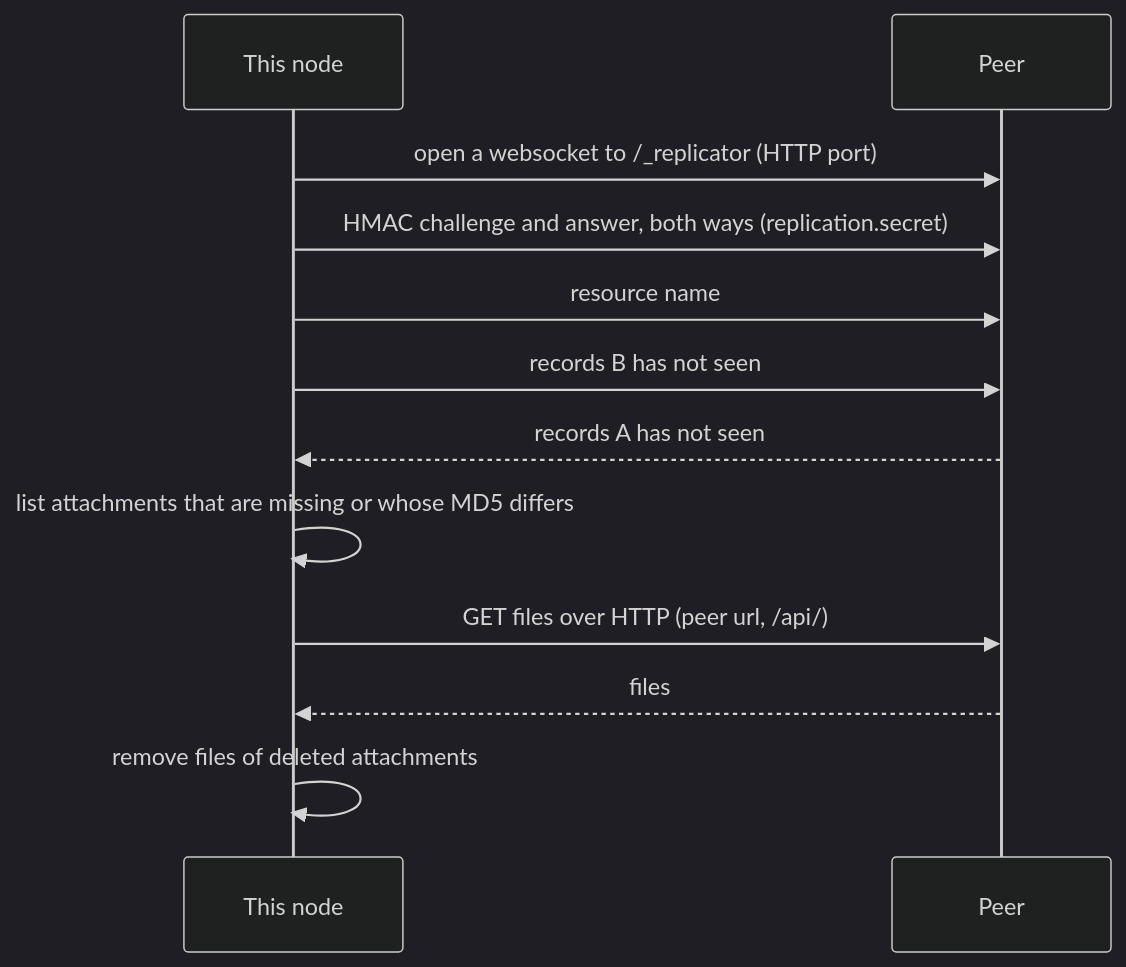
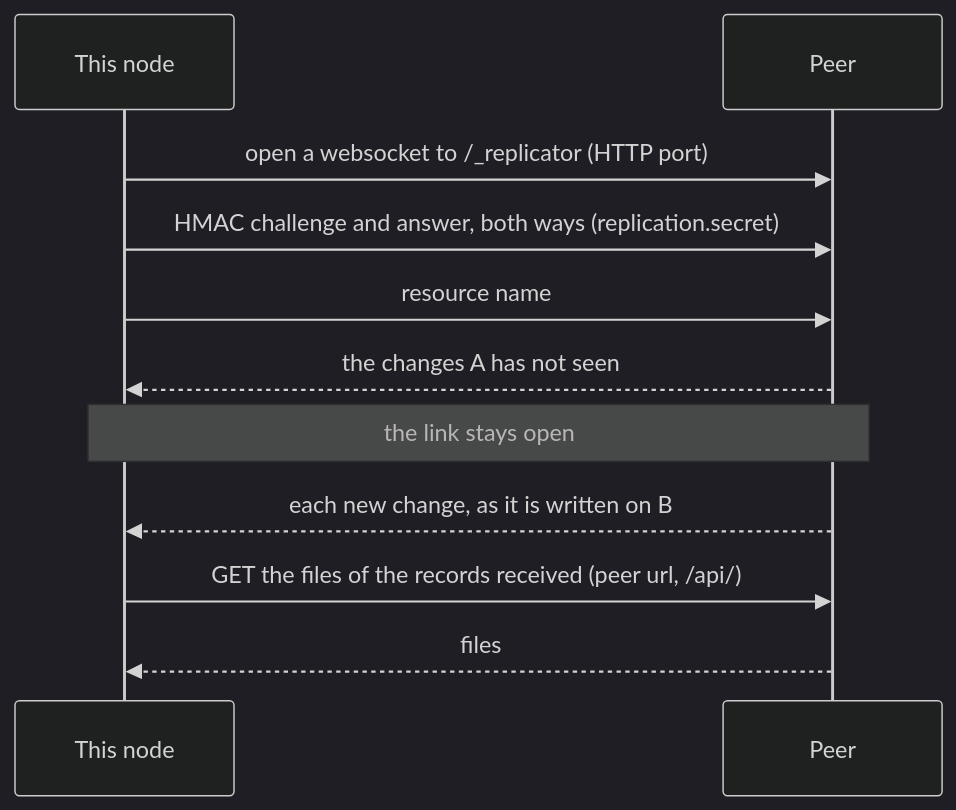
Before and after one commit to xiaodoudou/embed-cms: the first of 2 diagrams in docs/operations/REPLICATION.md, drawn with Mermaid (dark theme). The commit also changed other lines of this file and 23 other files, not shown here.

````diff
--- a/docs/operations/REPLICATION.md
+++ b/docs/operations/REPLICATION.md
@@ -18,14 +18,13 @@
 ```mermaid
 sequenceDiagram
   participant A as This node
   participant B as Peer
   A->>B: open a websocket to /_replicator (HTTP port)
   A->>B: HMAC challenge and answer, both ways (replication.secret)
   A->>B: resource name
-  A->>B: records B has not seen
-  B-->>A: records A has not seen
-  A->>A: list attachments that are missing or whose MD5 differs
-  A->>B: GET files over HTTP (peer url, /api/)
+  B-->>A: the changes A has not seen
+  Note over A,B: the link stays open
+  B-->>A: each new change, as it is written on B
+  A->>B: GET the files of the records received (peer url, /api/)
   B-->>A: files
-  A->>A: remove files of deleted attachments
 ```
````
